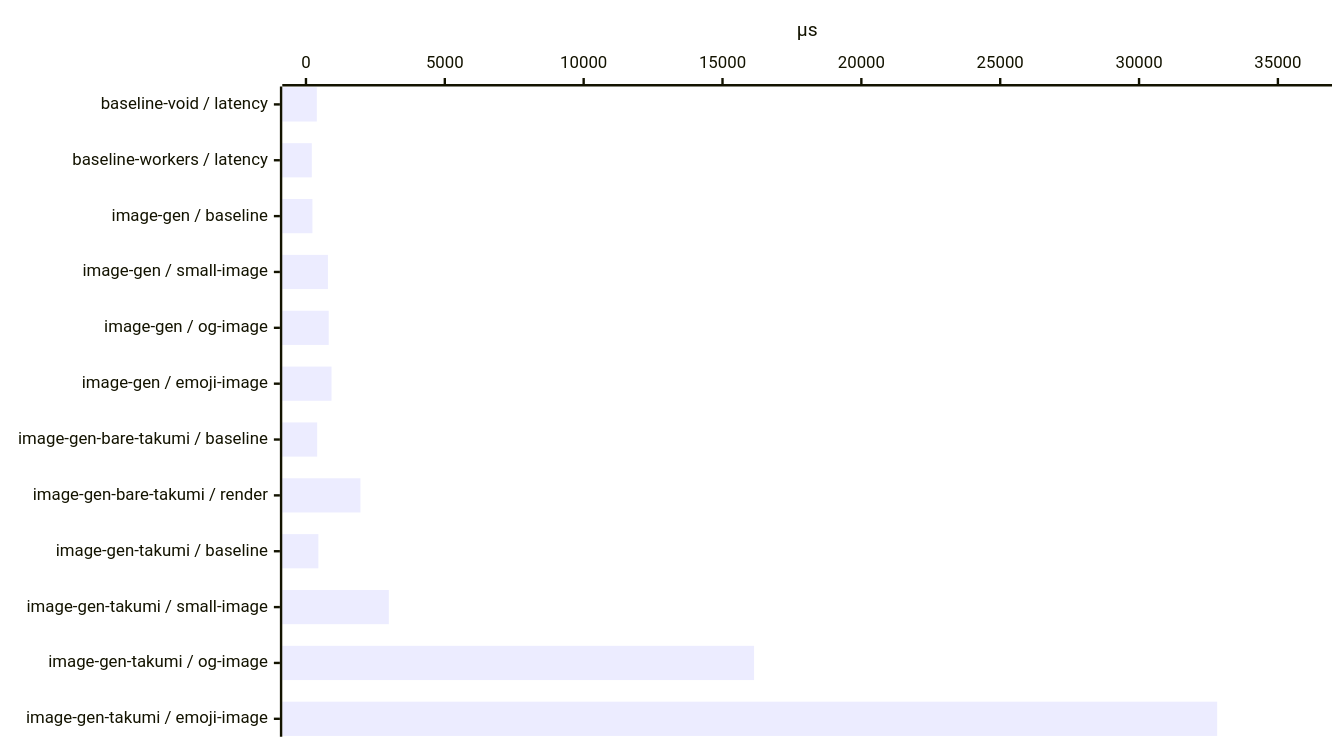
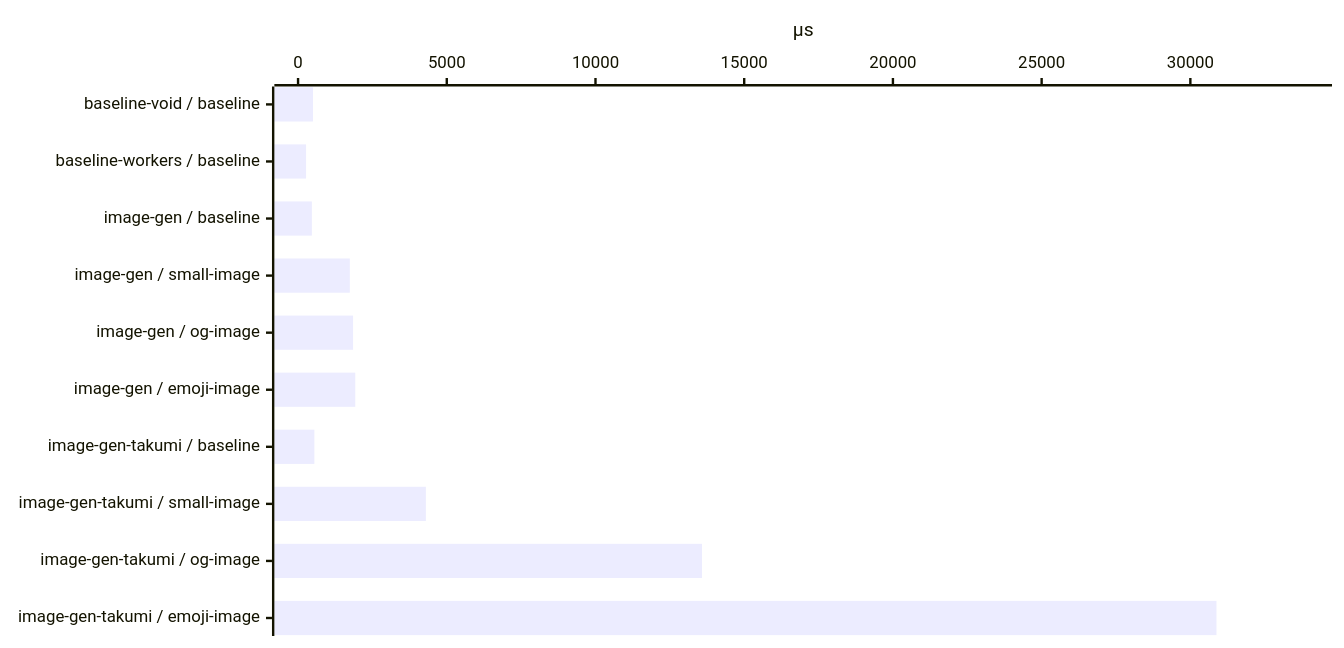
Before and after one commit to voidzero-dev/void: diagram 14 of 25 in benchmark/report.md, drawn with Mermaid. The commit also changed other lines of this file and 6 other files, not shown here.

````diff
--- a/benchmark/report.md
+++ b/benchmark/report.md
@@ -307,12 +300,12 @@
 ```mermaid
 ---
 config:
   xyChart:
     width: 1100
-    height: 604
+    height: 520
 ---
 xychart-beta horizontal
-    x-axis ["baseline-void / latency", "baseline-workers / latency", "image-gen / baseline", "image-gen / small-image", "image-gen / og-image", "image-gen / emoji-image", "image-gen-bare-takumi / baseline", "image-gen-bare-takumi / render", "image-gen-takumi / baseline", "image-gen-takumi / small-image", "image-gen-takumi / og-image", "image-gen-takumi / emoji-image"]
-    y-axis "µs" 0 --> 36095.4
-    bar [391, 210, 233, 791, 819, 920, 404, 1961, 446, 2984, 16137, 32814]
+    x-axis ["baseline-void / baseline", "baseline-workers / baseline", "image-gen / baseline", "image-gen / small-image", "image-gen / og-image", "image-gen / emoji-image", "image-gen-takumi / baseline", "image-gen-takumi / small-image", "image-gen-takumi / og-image", "image-gen-takumi / emoji-image"]
+    y-axis "µs" 0 --> 33965.8
+    bar [501, 269, 464, 1740, 1850, 1923, 549, 4298, 13582, 30878]
 ```
````
